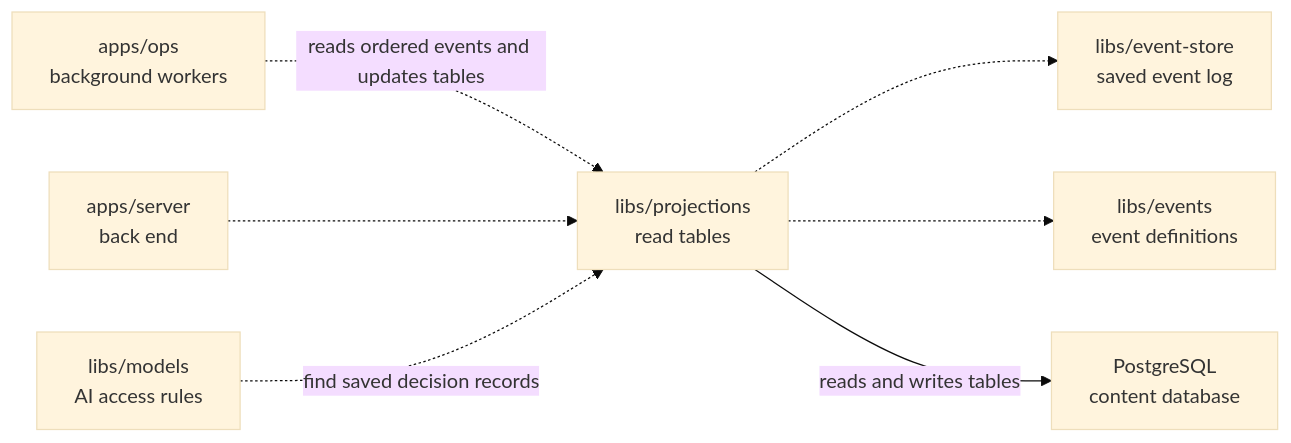
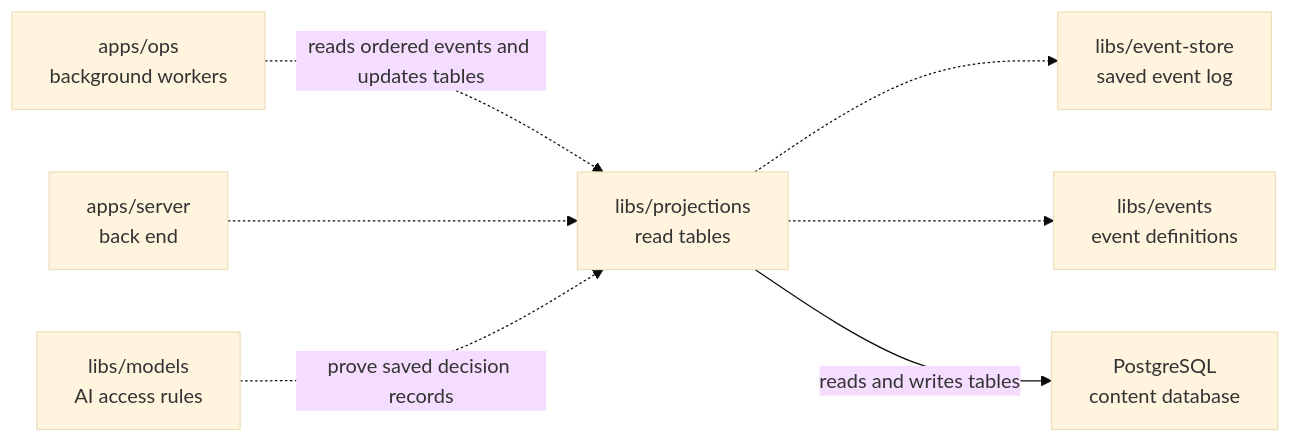
The diagram in libs/projections/README.md (elewa-git/opencrane-new), drawn with Mermaid (base theme) before and after one commit. The commit also changed other lines of this file and 8 other files, not shown here.

````diff
--- a/libs/projections/README.md
+++ b/libs/projections/README.md
@@ -19,9 +19,9 @@
 ```mermaid
 flowchart LR
   ops["apps/ops<br/>background workers"] -.->|reads ordered events and updates tables| projections["libs/projections<br/>read tables"]
   server["apps/server<br/>back end"] -.-> projections
-  models["libs/models<br/>AI access rules"] -.->|find saved decision records| projections
+  models["libs/models<br/>AI access rules"] -.->|prove saved decision records| projections
   projections -.-> store["libs/event-store<br/>saved event log"]
   projections -.-> events["libs/events<br/>event definitions"]
   projections -->|reads and writes tables| pg["PostgreSQL<br/>content database"]
 ```
````
